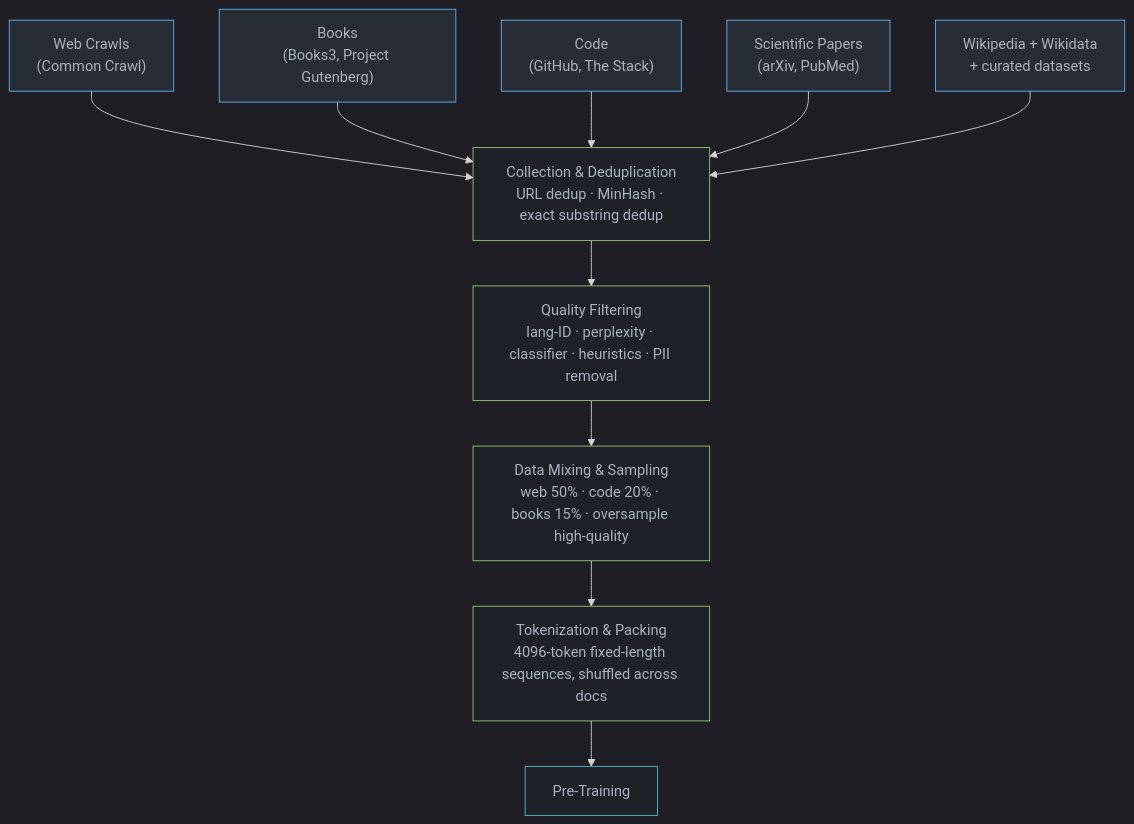
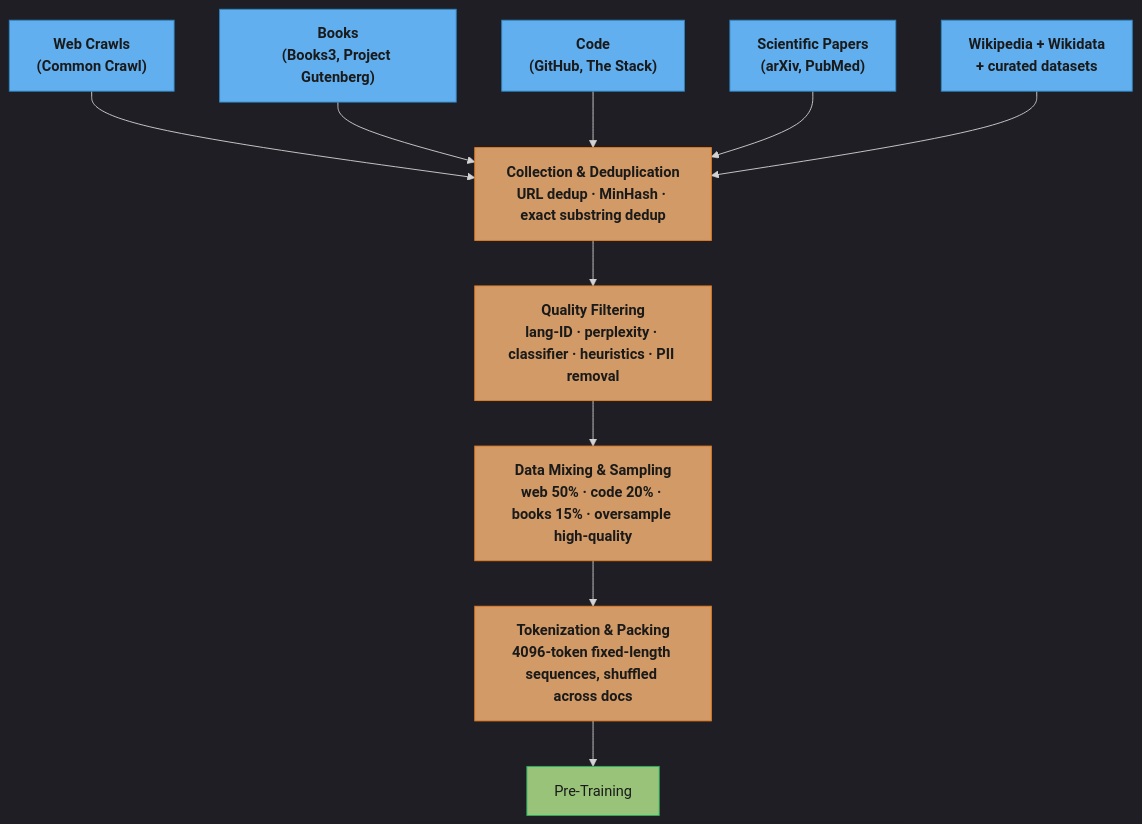
Before and after one commit to rppol/system-design: the first of 2 diagrams in src/main/java/com/rutik/systemdesign/llm/pre_training/README.md, drawn with Mermaid. The commit also changed other lines of this file and 88 other files, not shown here.

````diff
--- a/src/main/java/com/rutik/systemdesign/llm/pre_training/README.md
+++ b/src/main/java/com/rutik/systemdesign/llm/pre_training/README.md
@@ -132,26 +132,30 @@
 ```mermaid
 %%{init: {'flowchart': {'curve': 'basis'}, 'theme': 'dark'}}%%
 flowchart TD
-    classDef io    fill:#282c34,stroke:#61afef,color:#abb2bf
-    classDef proc  fill:#1e2127,stroke:#98c379,color:#abb2bf
-    classDef store fill:#1e2127,stroke:#56b6c2,color:#abb2bf
+    classDef io      fill:#61afef,stroke:#2e86c1,color:#1a1a1a,font-weight:bold
+    classDef frozen  fill:#c678dd,stroke:#9b59b6,color:#fff
+    classDef train   fill:#98c379,stroke:#27ae60,color:#1a1a1a
+    classDef mathOp  fill:#d19a66,stroke:#e67e22,color:#1a1a1a,font-weight:bold
+    classDef lossN   fill:#e06c75,stroke:#c0392b,color:#fff,font-weight:bold
+    classDef req     fill:#56b6c2,stroke:#0097a7,color:#1a1a1a
+    classDef base    fill:#e5c07b,stroke:#f39c12,color:#1a1a1a
 
     WEB["Web Crawls\n(Common Crawl)"]
     BOOKS["Books\n(Books3, Project Gutenberg)"]
     CODE["Code\n(GitHub, The Stack)"]
     SCI["Scientific Papers\n(arXiv, PubMed)"]
     WIKI["Wikipedia + Wikidata\n+ curated datasets"]
 
     DEDUP["Collection & Deduplication\nURL dedup · MinHash · exact substring dedup"]
     FILTER["Quality Filtering\nlang-ID · perplexity · classifier · heuristics · PII removal"]
     MIX["Data Mixing & Sampling\nweb 50% · code 20% · books 15% · oversample high-quality"]
     PACK["Tokenization & Packing\n4096-token fixed-length sequences, shuffled across docs"]
     TRAIN["Pre-Training"]
 
     WEB & BOOKS & CODE & SCI & WIKI --> DEDUP
     DEDUP --> FILTER --> MIX --> PACK --> TRAIN
 
     class WEB,BOOKS,CODE,SCI,WIKI io
-    class DEDUP,FILTER,MIX,PACK proc
-    class TRAIN store
+    class DEDUP,FILTER,MIX,PACK mathOp
+    class TRAIN train
 ```
````
